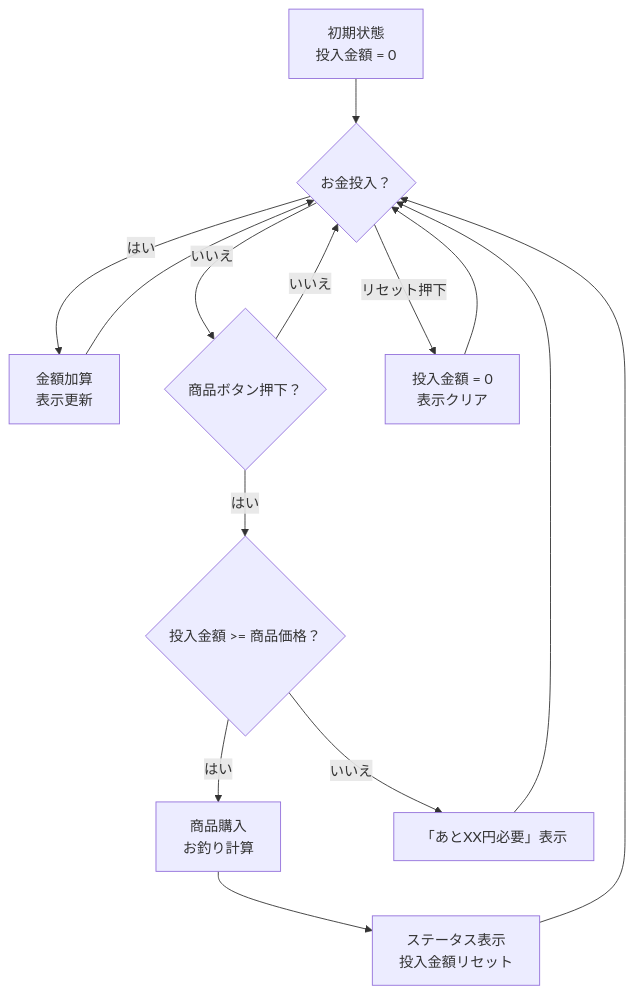
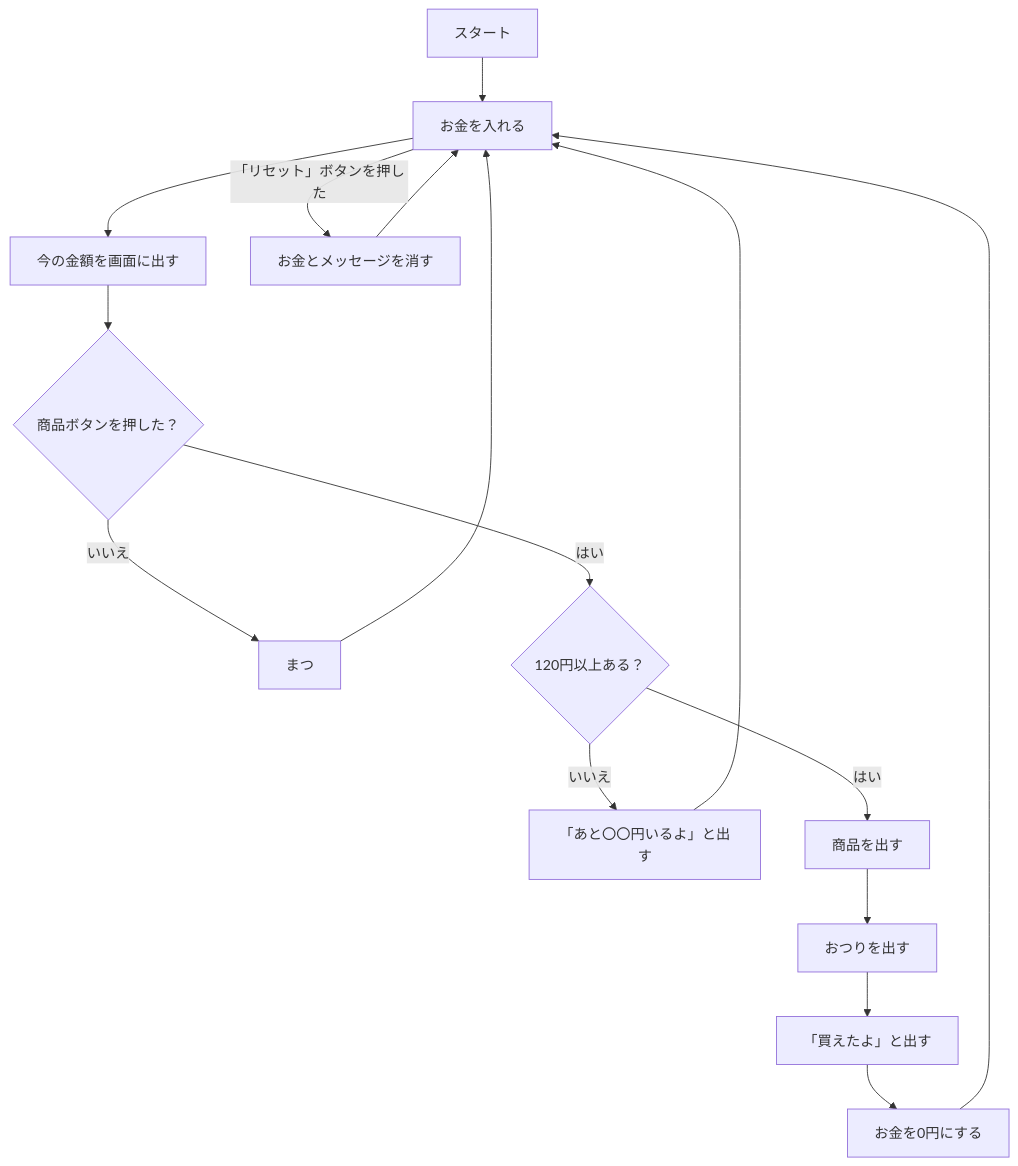
One commit to wtrdr/aoki-mid-school-2025 changed the diagram in vending.md. Above: the diagram before and after it, drawn with Mermaid.

````diff
--- a/vending.md
+++ b/vending.md
@@ -1,20 +1,23 @@
 ```mermaid
 flowchart TD
-    A[初期状態<br>投入金額 = 0] --> B{お金投入？}
-    B -->|はい| C[金額加算<br>表示更新]
-    C --> B
+  A[スタート] --> B[お金を入れる]
+  B --> C[今の金額を画面に出す]
+  C --> D{商品ボタンを押した？}
 
-    B -->|いいえ| D{商品ボタン押下？}
-    D -->|いいえ| B
-    D -->|はい| E{投入金額 >= 商品価格？}
+  D -- いいえ --> E[まつ]
+  E --> B
 
-    E -->|はい| F[商品購入<br>お釣り計算]
-    F --> G[ステータス表示<br>投入金額リセット]
-    G --> B
+  D -- はい --> F{120円以上ある？}
 
-    E -->|いいえ| H[「あとXX円必要」表示]
-    H --> B
+  F -- いいえ --> G[「あと〇〇円いるよ」と出す]
+  G --> B
 
-    B -->|リセット押下| I[投入金額 = 0<br>表示クリア]
-    I --> B
+  F -- はい --> H[商品を出す]
+  H --> I[おつりを出す]
+  I --> J[「買えたよ」と出す]
+  J --> K[お金を0円にする]
+  K --> B
+
+  B -- 「リセット」ボタンを押した --> L[お金とメッセージを消す]
+  L --> B
 ```
````
